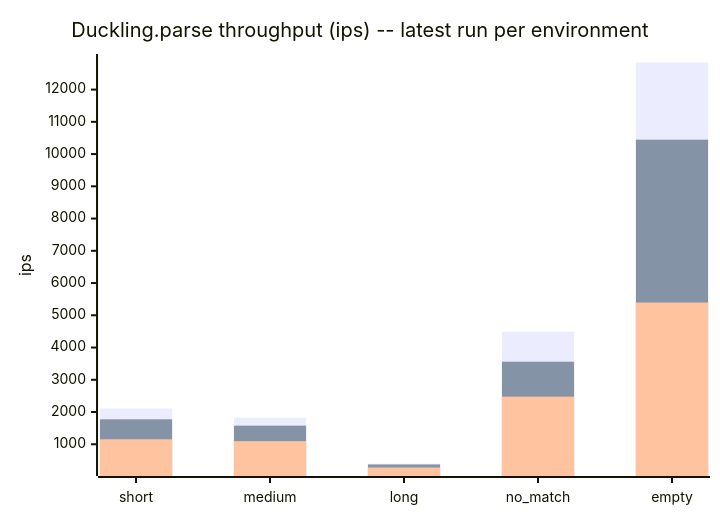
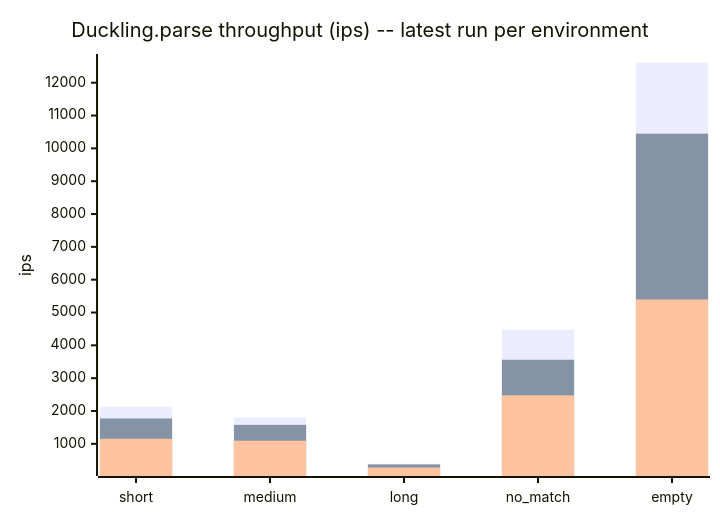
Before and after one commit to cpb/duckling: the fourth of 5 diagrams in docs/benchmarks/README.md, drawn with Mermaid. The commit also changed other lines of this file and 1 other file, not shown here.

Commit message:
Record github-actions benchmark for PR #50 (post-#64 dispatch schema) [benchmark-record]

````diff
--- a/docs/benchmarks/README.md
+++ b/docs/benchmarks/README.md
@@ -133,9 +133,9 @@
 ```mermaid
 xychart-beta
     title "Duckling.parse throughput (ips) -- latest run per environment"
     x-axis [short, medium, long, no_match, empty]
     y-axis "ips"
-    bar "github-actions" [2109.2, 1822.2, 395.1, 4491.6, 12840.3]
+    bar "github-actions" [2130.8, 1804.9, 392.7, 4480.0, 12615.7]
     bar "claude-code-web" [1773.1, 1577.3, 373.4, 3561.1, 10446.8]
     bar "local" [1154.4, 1095.9, 279.2, 2477.0, 5396.2]
 ```
````
